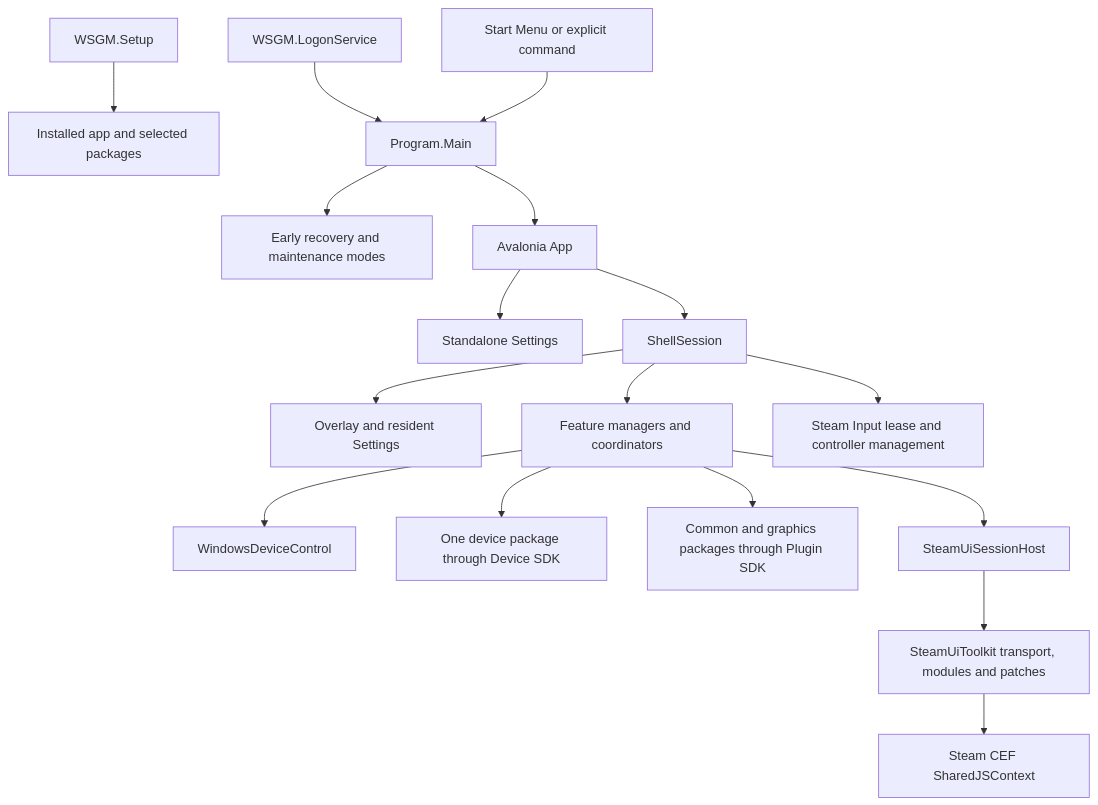
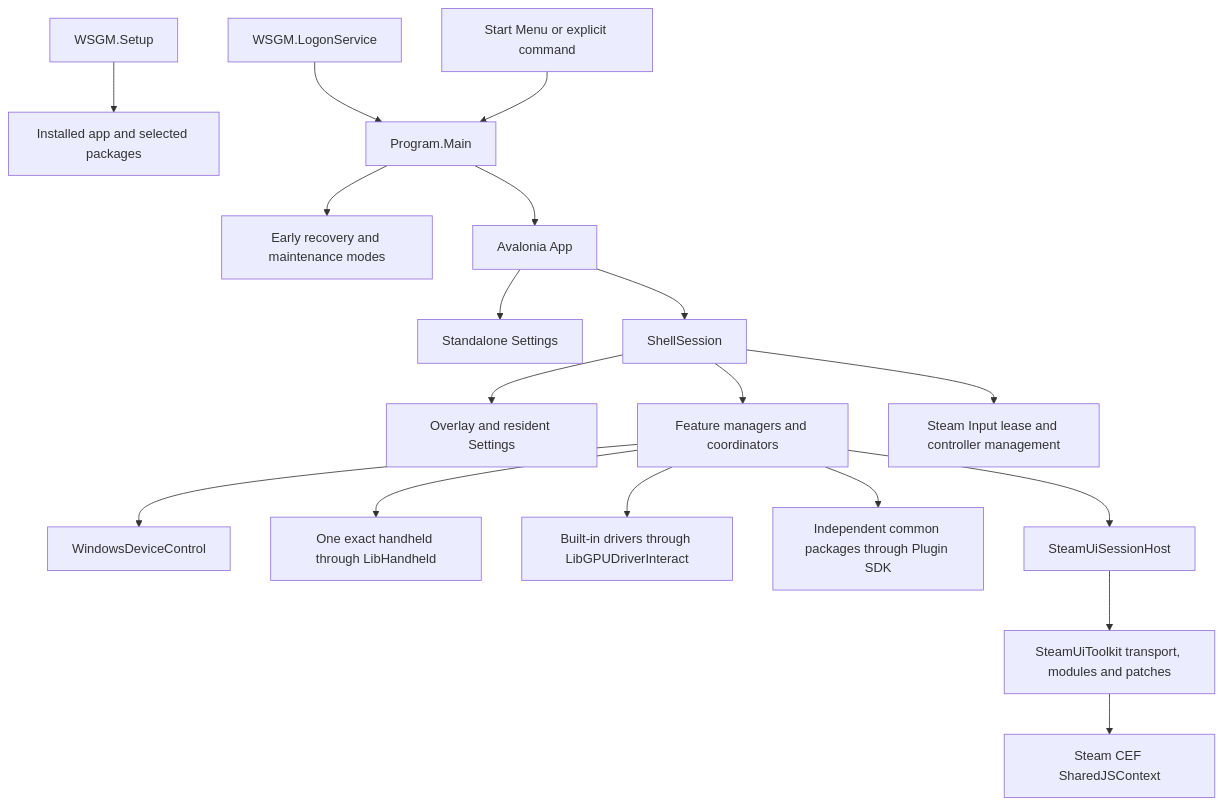
The diagram in docs/architecture.md (KillerPixelCrew/WSGM), drawn with Mermaid before and after one commit. The commit also changed other lines of this file and 18 other files, not shown here.

Commit message:
docs: replace retired device plugin guides with native integration

````diff
--- a/docs/architecture.md
+++ b/docs/architecture.md
@@ -11,19 +11,20 @@
 ```mermaid
 flowchart TD
     Setup[WSGM.Setup] --> Install[Installed app and selected packages]
     Logon[WSGM.LogonService] --> Program[Program.Main]
     User[Start Menu or explicit command] --> Program
     Program --> Recovery[Early recovery and maintenance modes]
     Program --> App[Avalonia App]
     App --> Settings[Standalone Settings]
     App --> Session[ShellSession]
     Session --> Views[Overlay and resident Settings]
     Session --> Managers[Feature managers and coordinators]
     Managers --> Windows[WindowsDeviceControl]
-    Managers --> Device[One device package through Device SDK]
-    Managers --> Plugins[Common and graphics packages through Plugin SDK]
+    Managers --> Device[One exact handheld through LibHandheld]
+    Managers --> Graphics[Built-in drivers through LibGPUDriverInteract]
+    Managers --> Plugins[Independent common packages through Plugin SDK]
     Managers --> Host[SteamUiSessionHost]
     Host --> Toolkit[SteamUiToolkit transport, modules and patches]
     Toolkit --> Steam[Steam CEF SharedJSContext]
     Session --> Input[Steam Input lease and controller management]
 ```
````
